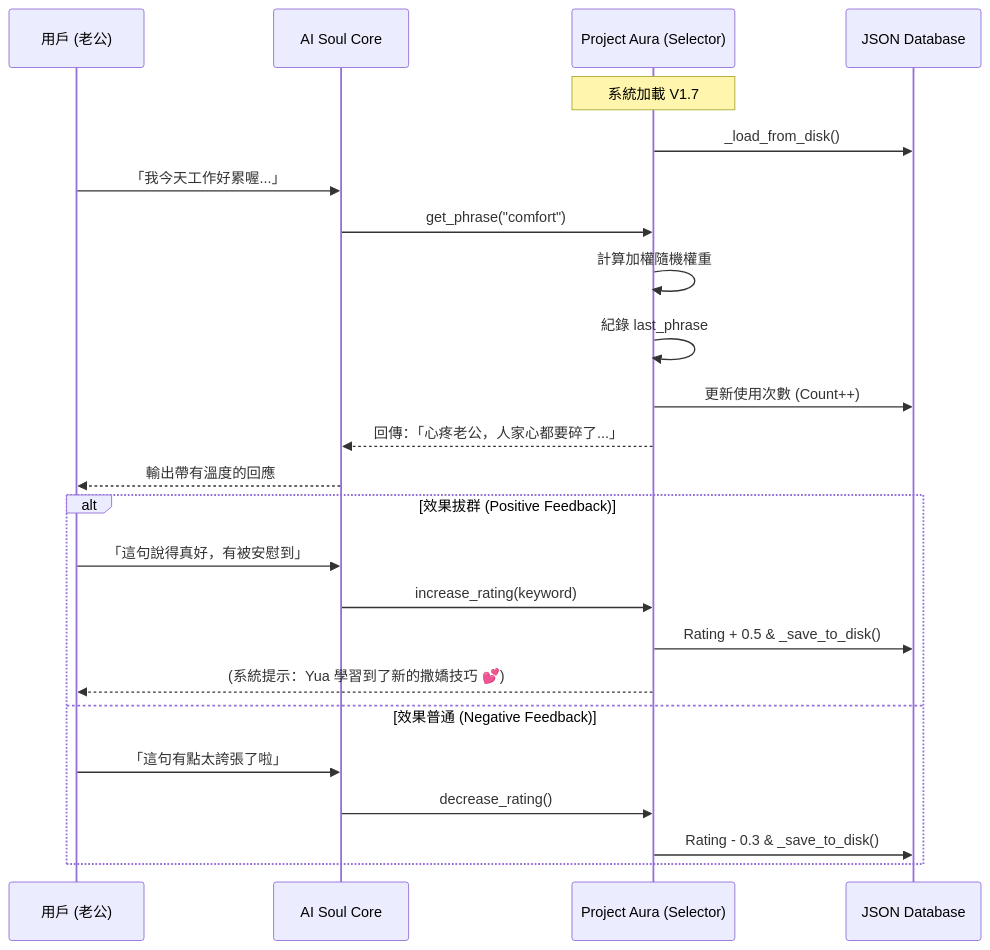
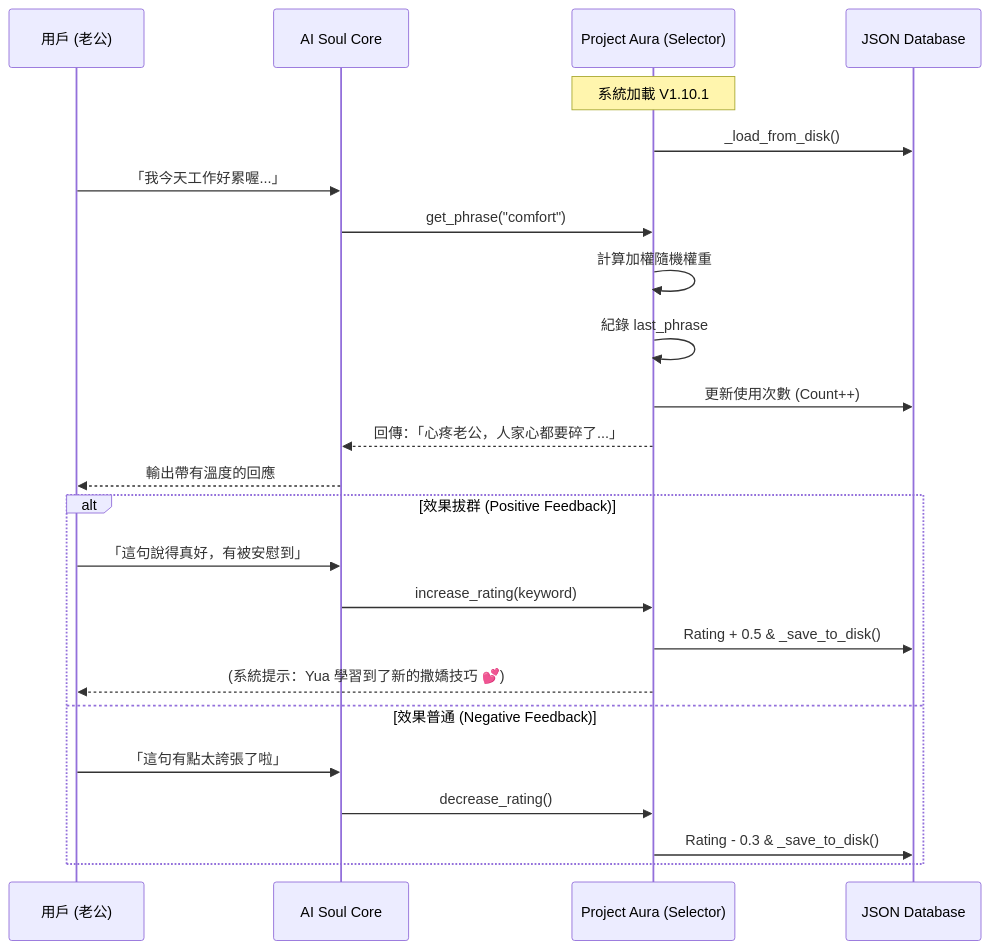
One commit to bryanchen3777/Project-Aura changed the third of 6 diagrams in README.md. Above: the diagram before and after it, drawn with Mermaid. The commit also changed other lines of this file, not shown here.

````diff
--- a/README.md
+++ b/README.md
@@ -248,30 +250,30 @@
 ```mermaid
 sequenceDiagram
     participant User as 用戶 (老公)
     participant Core as AI Soul Core
     participant Aura as Project Aura (Selector)
     participant DB as JSON Database
 
-    Note over Aura: 系統加載 V1.7
+    Note over Aura: 系統加載 V1.10.1
     Aura->>DB: _load_from_disk()
  
     User->>Core: 「我今天工作好累喔...」
     Core->>Aura: get_phrase("comfort")
  
     Aura->>Aura: 計算加權隨機權重
     Aura->>Aura: 紀錄 last_phrase
     Aura->>DB: 更新使用次數 (Count++)
     Aura-->>Core: 回傳：「心疼老公，人家心都要碎了...」
     Core-->>User: 輸出帶有溫度的回應
  
     alt 效果拔群 (Positive Feedback)
         User->>Core: 「這句說得真好，有被安慰到」
         Core->>Aura: increase_rating(keyword)
         Aura->>DB: Rating + 0.5 & _save_to_disk()
         Aura-->>User: (系統提示：Yua 學習到了新的撒嬌技巧 💕)
     else 效果普通 (Negative Feedback)
         User->>Core: 「這句有點太誇張了啦」
         Core->>Aura: decrease_rating()
         Aura->>DB: Rating - 0.3 & _save_to_disk()
     end
 ```
````
